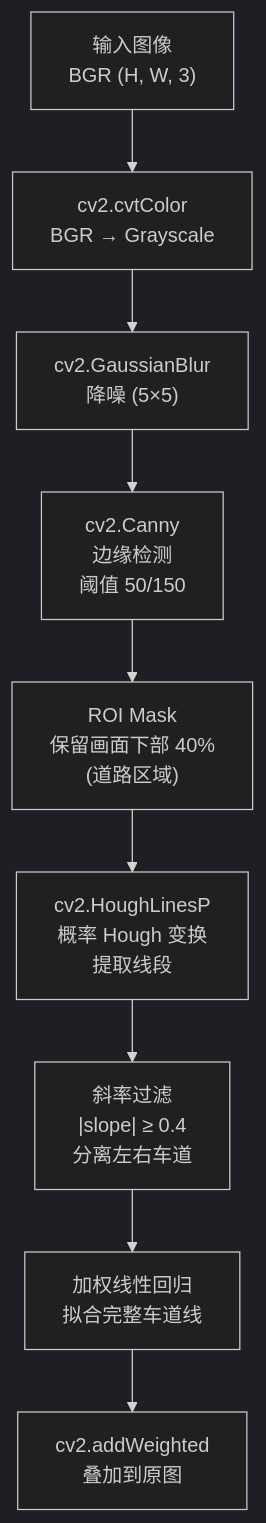
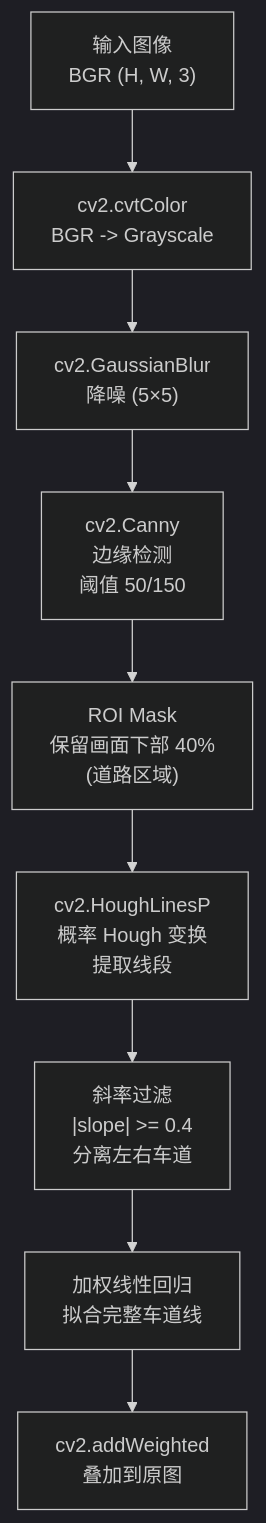
Before and after one commit to zhouxzh/Ascend310: the second of 6 diagrams in src/experiment/case6.md, drawn with Mermaid (dark theme). The commit also changed other lines of this file and 51 other files, not shown here.

````diff
--- a/src/experiment/case6.md
+++ b/src/experiment/case6.md
@@ -123,11 +123,11 @@
 ```mermaid
 flowchart TD
-    INPUT["输入图像\nBGR (H, W, 3)"] --> GRAY["cv2.cvtColor\nBGR → Grayscale"]
+    INPUT["输入图像\nBGR (H, W, 3)"] --> GRAY["cv2.cvtColor\nBGR -> Grayscale"]
     GRAY --> BLUR["cv2.GaussianBlur\n降噪 (5×5)"]
     BLUR --> CANNY["cv2.Canny\n边缘检测\n阈值 50/150"]
     CANNY --> ROI["ROI Mask\n保留画面下部 40%\n(道路区域)"]
     ROI --> HOUGH["cv2.HoughLinesP\n概率 Hough 变换\n提取线段"]
-    HOUGH --> FILTER["斜率过滤\n|slope| ≥ 0.4\n分离左右车道"]
+    HOUGH --> FILTER["斜率过滤\n|slope| >= 0.4\n分离左右车道"]
     FILTER --> FIT["加权线性回归\n拟合完整车道线"]
     FIT --> DRAW["cv2.addWeighted\n叠加到原图"]
 ```
````
